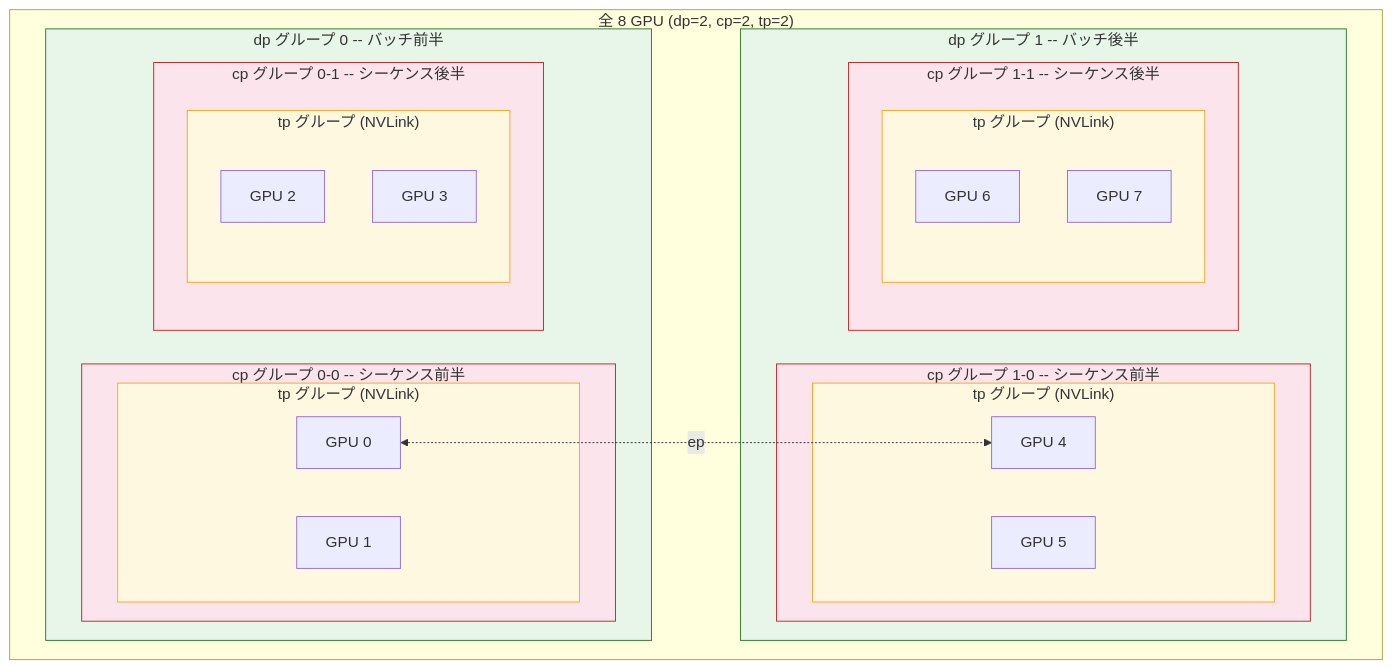
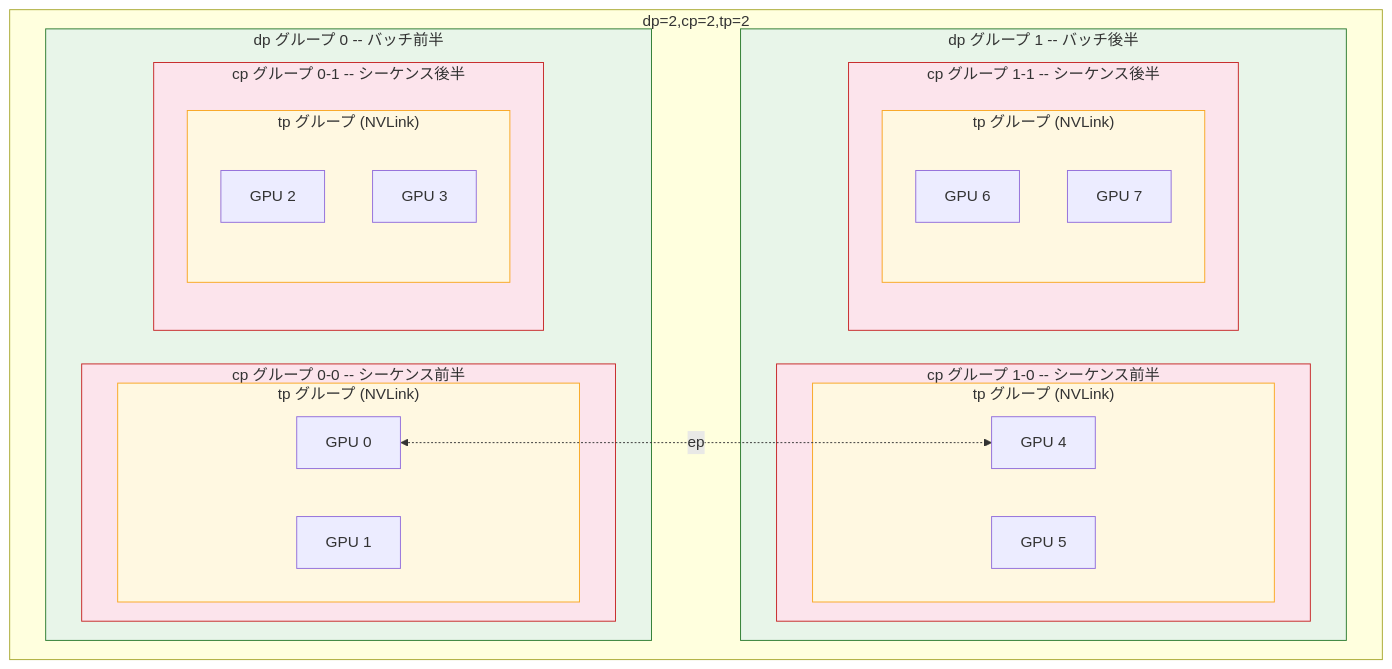
One commit to littlemex/zenn changed diagram 20 of 20 in books/ml-distributed-experiment-collection/transformer-distributed-parallelism.md. Above: the diagram before and after it, drawn with Mermaid. The commit also changed other lines of this file, not shown here.

````diff
--- a/books/ml-distributed-experiment-collection/transformer-distributed-parallelism.md
+++ b/books/ml-distributed-experiment-collection/transformer-distributed-parallelism.md
@@ -1331,47 +1275,47 @@
 ```mermaid
 graph TB
-    subgraph all ["全 8 GPU (dp=2, cp=2, tp=2)"]
+    subgraph all ["dp=2,cp=2,tp=2"]
         subgraph dp0 ["dp グループ 0 -- バッチ前半"]
             subgraph cp00 ["cp グループ 0-0 -- シーケンス前半"]
                 subgraph tp000 ["tp グループ (NVLink)"]
                     GPU0["GPU 0"]
                     GPU1["GPU 1"]
                 end
             end
             subgraph cp01 ["cp グループ 0-1 -- シーケンス後半"]
                 subgraph tp010 ["tp グループ (NVLink)"]
                     GPU2["GPU 2"]
                     GPU3["GPU 3"]
                 end
             end
         end
 
         subgraph dp1 ["dp グループ 1 -- バッチ後半"]
             subgraph cp10 ["cp グループ 1-0 -- シーケンス前半"]
                 subgraph tp100 ["tp グループ (NVLink)"]
                     GPU4["GPU 4"]
                     GPU5["GPU 5"]
                 end
             end
             subgraph cp11 ["cp グループ 1-1 -- シーケンス後半"]
                 subgraph tp110 ["tp グループ (NVLink)"]
                     GPU6["GPU 6"]
                     GPU7["GPU 7"]
                 end
             end
         end
     end
 
     GPU0 <-.->|"ep"| GPU4
 
     style dp0 fill: #e8f5e9,stroke: #2e7d32
     style dp1 fill: #e8f5e9,stroke: #2e7d32
     style cp00 fill: #fce4ec,stroke: #c62828
     style cp01 fill: #fce4ec,stroke: #c62828
     style cp10 fill: #fce4ec,stroke: #c62828
     style cp11 fill: #fce4ec,stroke: #c62828
     style tp000 fill: #fff8e1,stroke: #f9a825
     style tp010 fill: #fff8e1,stroke: #f9a825
     style tp100 fill: #fff8e1,stroke: #f9a825
     style tp110 fill: #fff8e1,stroke: #f9a825
 ```
````
